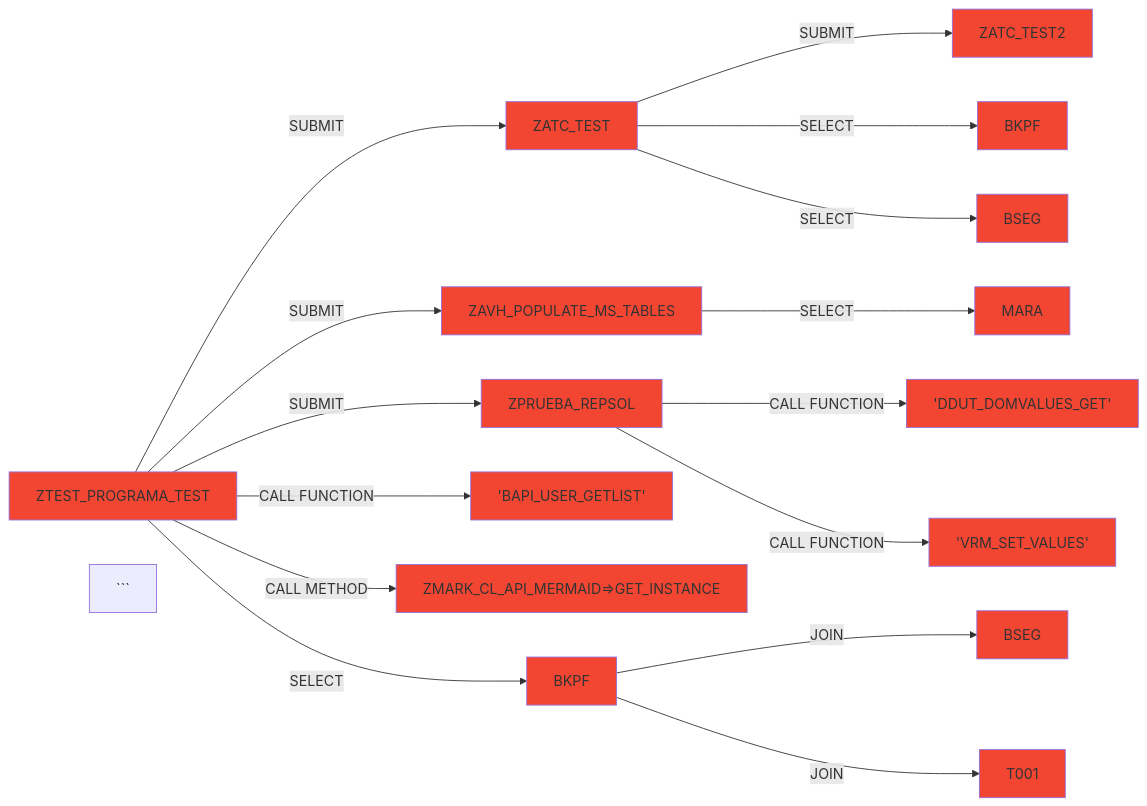
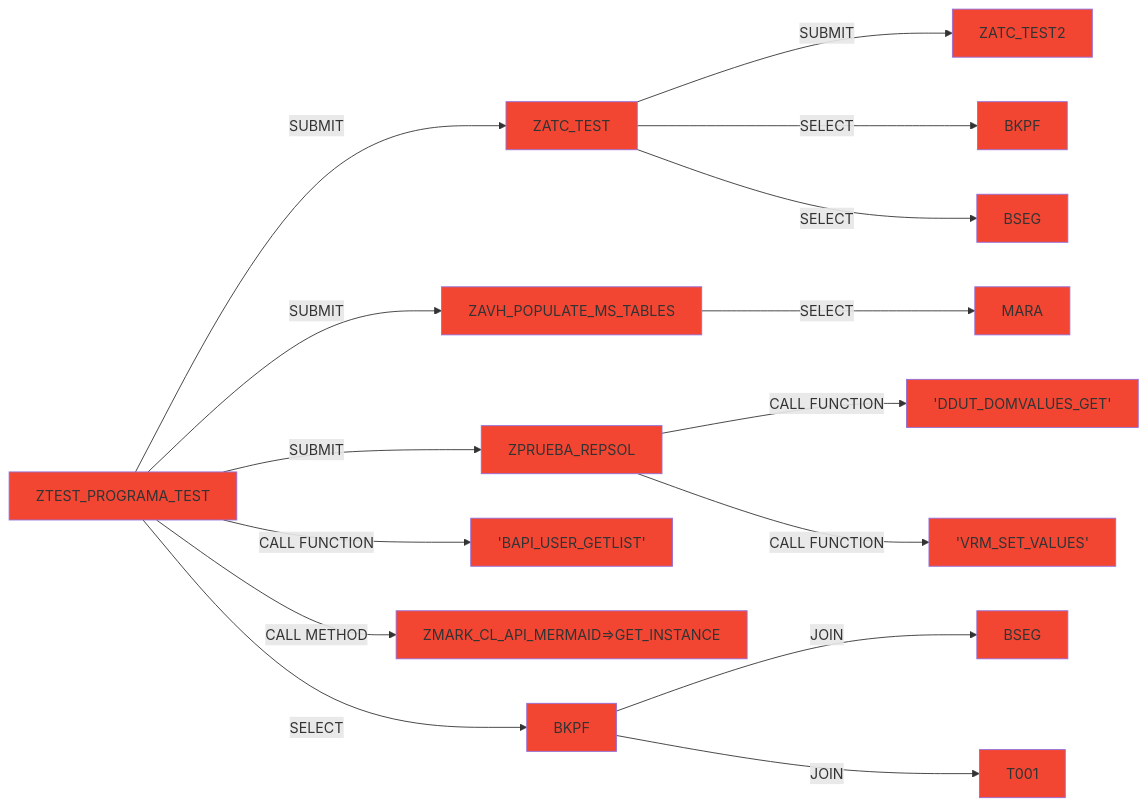
The diagram in ZTEST_PROGRAMA_TEST20181105224217.mdZTEST_PROGRAMA_TEST20181105224217_mermaid.mmd (Guilledeluxe/MarkDown03), drawn with Mermaid before and after one commit.

````diff
--- a/ZTEST_PROGRAMA_TEST20181105224217.mdZTEST_PROGRAMA_TEST20181105224217_mermaid.mmd
+++ b/ZTEST_PROGRAMA_TEST20181105224217.mdZTEST_PROGRAMA_TEST20181105224217_mermaid.mmd
@@ -1,32 +1,32 @@
-
+```mermaid
 graph LR
 A[ZTEST_PROGRAMA_TEST] -- SUBMIT -->B[ZATC_TEST]
 A[ZTEST_PROGRAMA_TEST] -- SUBMIT -->C[ZAVH_POPULATE_MS_TABLES]
 A[ZTEST_PROGRAMA_TEST] -- SUBMIT -->D[ZPRUEBA_REPSOL]
 A[ZTEST_PROGRAMA_TEST] -- CALL FUNCTION -->E['BAPI_USER_GETLIST']
 A[ZTEST_PROGRAMA_TEST] -- CALL METHOD -->F[ZMARK_CL_API_MERMAID=>GET_INSTANCE]
 A[ZTEST_PROGRAMA_TEST] -- SELECT -->G[BKPF]
 G[BKPF] -- JOIN -->H[BSEG]
 G[BKPF] -- JOIN -->I[T001]
 B[ZATC_TEST] -- SUBMIT -->J[ZATC_TEST2]
 B[ZATC_TEST] -- SELECT -->K[BKPF]
 B[ZATC_TEST] -- SELECT -->L[BSEG]
 C[ZAVH_POPULATE_MS_TABLES] -- SELECT -->M[MARA]
 D[ZPRUEBA_REPSOL] -- CALL FUNCTION -->N['DDUT_DOMVALUES_GET']
 D[ZPRUEBA_REPSOL] -- CALL FUNCTION -->O['VRM_SET_VALUES']
 style A fill:#F24633;
 style B fill:#F24633;
 style C fill:#F24633;
 style D fill:#F24633;
 style E fill:#F24633;
 style F fill:#F24633;
 style G fill:#F24633;
 style H fill:#F24633;
 style I fill:#F24633;
 style J fill:#F24633;
 style K fill:#F24633;
 style L fill:#F24633;
 style M fill:#F24633;
 style N fill:#F24633;
 style O fill:#F24633;
 ```
````
